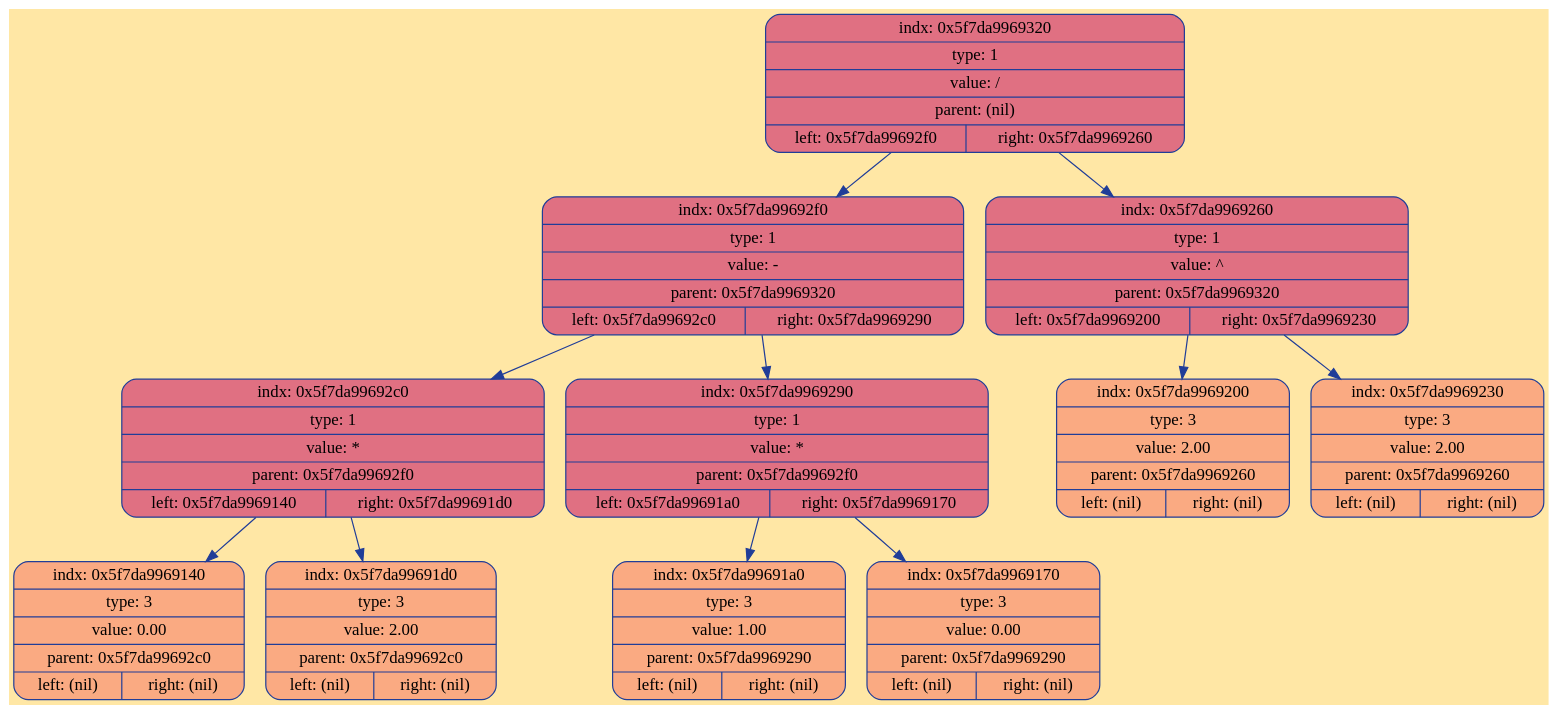
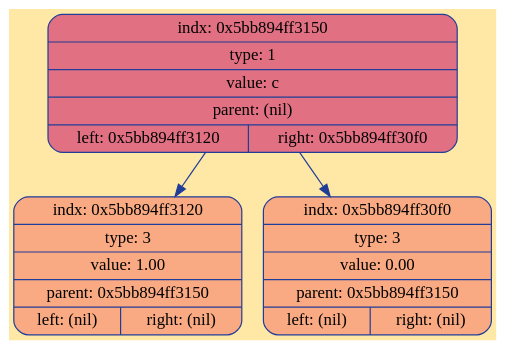
Before and after one commit to ksshkh/differentiator: the diagram in debug/tree.dot, drawn with Graphviz. The commit also changed 9 other files, not shown here.

```diff
--- a/debug/tree.dot
+++ b/debug/tree.dot
@@ -1,27 +1,11 @@
 digraph Tree {
 	rankdir = TB;
 	node [shape = record];
 	edge [color = "#203D98"];
 	bgcolor = "#FFE7A5";
-	node0x5f7da9969320 [color = "#203D98", shape = Mrecord, style = filled, fillcolor = "#E07082", label = "{indx: 0x5f7da9969320 | type: 1 | value: / | parent: (nil) | { left: 0x5f7da99692f0 | right: 0x5f7da9969260}}"];
-		node0x5f7da9969320 -> node0x5f7da99692f0
-	node0x5f7da99692f0 [color = "#203D98", shape = Mrecord, style = filled, fillcolor = "#E07082", label = "{indx: 0x5f7da99692f0 | type: 1 | value: - | parent: 0x5f7da9969320 | { left: 0x5f7da99692c0 | right: 0x5f7da9969290}}"];
-		node0x5f7da99692f0 -> node0x5f7da99692c0
-	node0x5f7da99692c0 [color = "#203D98", shape = Mrecord, style = filled, fillcolor = "#E07082", label = "{indx: 0x5f7da99692c0 | type: 1 | value: * | parent: 0x5f7da99692f0 | { left: 0x5f7da9969140 | right: 0x5f7da99691d0}}"];
-		node0x5f7da99692c0 -> node0x5f7da9969140
-	node0x5f7da9969140 [color = "#203D98", shape = Mrecord, style = filled, fillcolor = "#FAAA82", label = "{indx: 0x5f7da9969140 | type: 3 | value: 0.00 | parent: 0x5f7da99692c0 | { left: (nil) | right: (nil)}}"];
-		node0x5f7da99692c0 -> node0x5f7da99691d0
-	node0x5f7da99691d0 [color = "#203D98", shape = Mrecord, style = filled, fillcolor = "#FAAA82", label = "{indx: 0x5f7da99691d0 | type: 3 | value: 2.00 | parent: 0x5f7da99692c0 | { left: (nil) | right: (nil)}}"];
-		node0x5f7da99692f0 -> node0x5f7da9969290
-	node0x5f7da9969290 [color = "#203D98", shape = Mrecord, style = filled, fillcolor = "#E07082", label = "{indx: 0x5f7da9969290 | type: 1 | value: * | parent: 0x5f7da99692f0 | { left: 0x5f7da99691a0 | right: 0x5f7da9969170}}"];
-		node0x5f7da9969290 -> node0x5f7da99691a0
-	node0x5f7da99691a0 [color = "#203D98", shape = Mrecord, style = filled, fillcolor = "#FAAA82", label = "{indx: 0x5f7da99691a0 | type: 3 | value: 1.00 | parent: 0x5f7da9969290 | { left: (nil) | right: (nil)}}"];
-		node0x5f7da9969290 -> node0x5f7da9969170
-	node0x5f7da9969170 [color = "#203D98", shape = Mrecord, style = filled, fillcolor = "#FAAA82", label = "{indx: 0x5f7da9969170 | type: 3 | value: 0.00 | parent: 0x5f7da9969290 | { left: (nil) | right: (nil)}}"];
-		node0x5f7da9969320 -> node0x5f7da9969260
-	node0x5f7da9969260 [color = "#203D98", shape = Mrecord, style = filled, fillcolor = "#E07082", label = "{indx: 0x5f7da9969260 | type: 1 | value: ^ | parent: 0x5f7da9969320 | { left: 0x5f7da9969200 | right: 0x5f7da9969230}}"];
-		node0x5f7da9969260 -> node0x5f7da9969200
-	node0x5f7da9969200 [color = "#203D98", shape = Mrecord, style = filled, fillcolor = "#FAAA82", label = "{indx: 0x5f7da9969200 | type: 3 | value: 2.00 | parent: 0x5f7da9969260 | { left: (nil) | right: (nil)}}"];
-		node0x5f7da9969260 -> node0x5f7da9969230
-	node0x5f7da9969230 [color = "#203D98", shape = Mrecord, style = filled, fillcolor = "#FAAA82", label = "{indx: 0x5f7da9969230 | type: 3 | value: 2.00 | parent: 0x5f7da9969260 | { left: (nil) | right: (nil)}}"];
+	node0x5bb894ff3150 [color = "#203D98", shape = Mrecord, style = filled, fillcolor = "#E07082", label = "{indx: 0x5bb894ff3150 | type: 1 | value: c | parent: (nil) | { left: 0x5bb894ff3120 | right: 0x5bb894ff30f0}}"];
+		node0x5bb894ff3150 -> node0x5bb894ff3120
+	node0x5bb894ff3120 [color = "#203D98", shape = Mrecord, style = filled, fillcolor = "#FAAA82", label = "{indx: 0x5bb894ff3120 | type: 3 | value: 1.00 | parent: 0x5bb894ff3150 | { left: (nil) | right: (nil)}}"];
+		node0x5bb894ff3150 -> node0x5bb894ff30f0
+	node0x5bb894ff30f0 [color = "#203D98", shape = Mrecord, style = filled, fillcolor = "#FAAA82", label = "{indx: 0x5bb894ff30f0 | type: 3 | value: 0.00 | parent: 0x5bb894ff3150 | { left: (nil) | right: (nil)}}"];
 }
```
